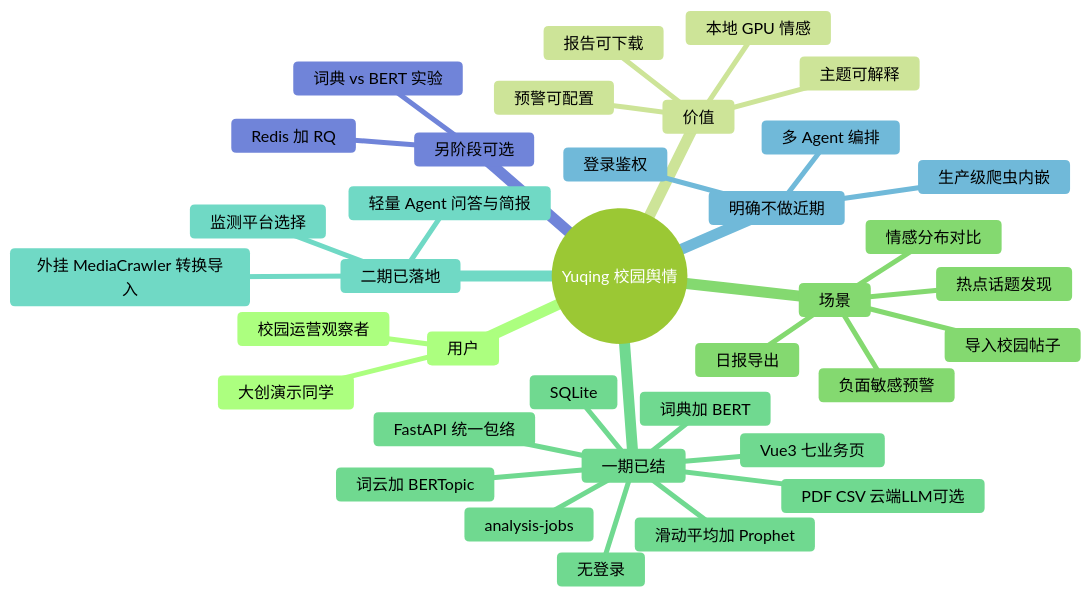
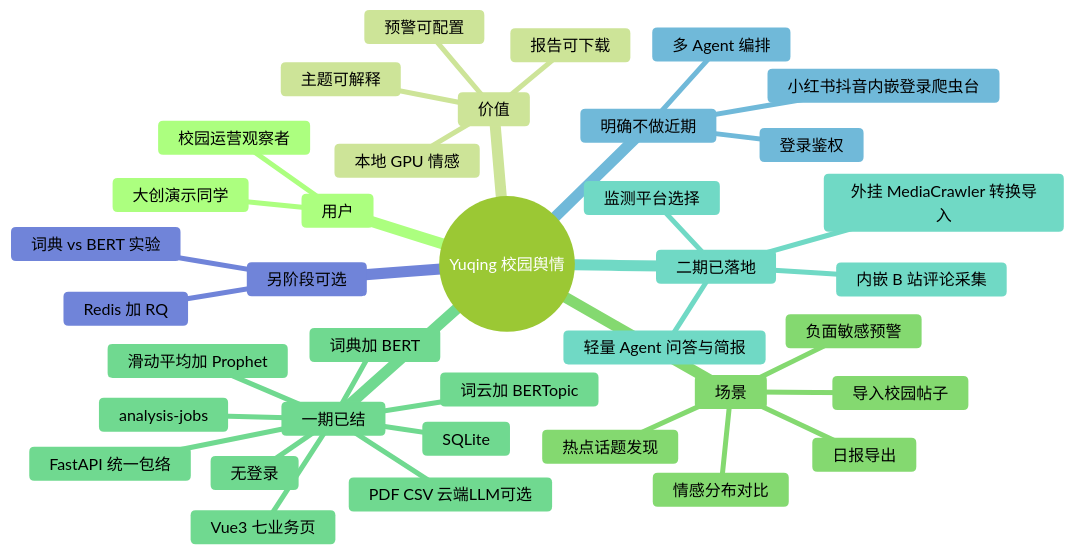
The seventh of 13 diagrams in docs/diagrams.md (LinJJ12/yuqing), drawn with Mermaid (forest theme) before and after one commit. The commit also changed other lines of this file and 21 other files, not shown here.

````diff
--- a/docs/diagrams.md
+++ b/docs/diagrams.md
@@ -93,39 +113,40 @@
 ```mermaid
 mindmap
   root((Yuqing 校园舆情))
     用户
       大创演示同学
       校园运营观察者
     价值
       本地 GPU 情感
       主题可解释
       预警可配置
       报告可下载
     场景
       导入校园帖子
       情感分布对比
       热点话题发现
       负面敏感预警
       日报导出
     一期已结
       Vue3 七业务页
       FastAPI 统一包络
       SQLite
       词典加 BERT
       词云加 BERTopic
       滑动平均加 Prophet
       analysis-jobs
       PDF CSV 云端LLM可选
       无登录
     二期已落地
       外挂 MediaCrawler 转换导入
+      内嵌 B 站评论采集
       监测平台选择
       轻量 Agent 问答与简报
     明确不做近期
       登录鉴权
       多 Agent 编排
-      生产级爬虫内嵌
+      小红书抖音内嵌登录爬虫台
     另阶段可选
       词典 vs BERT 实验
       Redis 加 RQ
 ```
````
